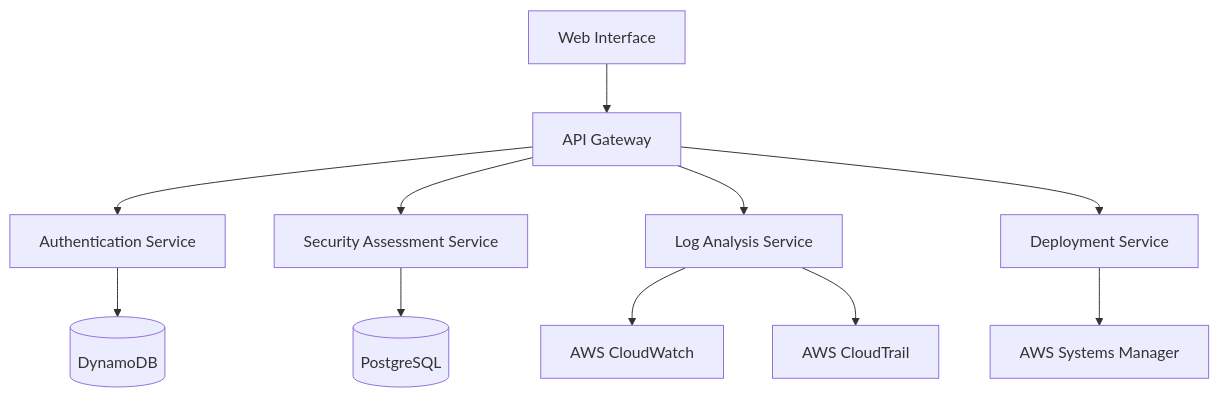
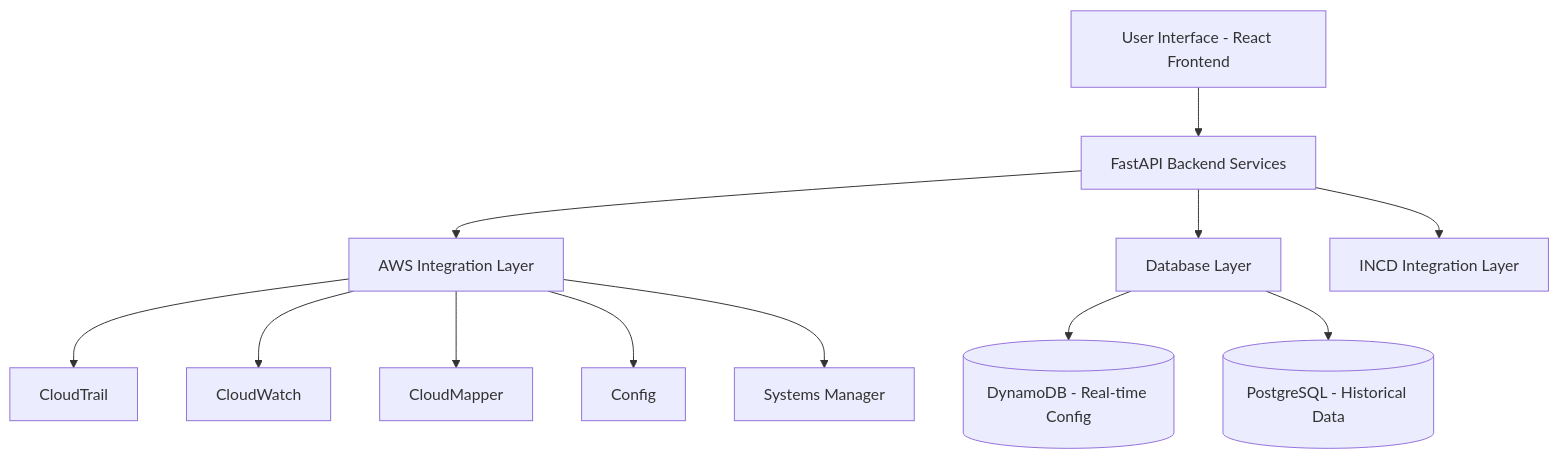
Before and after one commit to ShayArgaman/Detailed-Design: the first of 2 diagrams in Detailed-Design.md, drawn with Mermaid. The commit also changed other lines of this file, not shown here.

````diff
--- a/Detailed-Design.md
+++ b/Detailed-Design.md
@@ -9,13 +8,14 @@
 ```mermaid
 graph TD
-    A[Web Interface] --> B[API Gateway]
-    B --> C[Authentication Service]
-    B --> D[Security Assessment Service]
-    B --> E[Log Analysis Service]
-    B --> F[Deployment Service]
-    C --> G[(DynamoDB)]
-    D --> H[(PostgreSQL)]
-    E --> I[AWS CloudWatch]
-    E --> J[AWS CloudTrail]
-    F --> K[AWS Systems Manager]
+    A[User Interface - React Frontend] --> B[FastAPI Backend Services]
+    B --> C[AWS Integration Layer]
+    C --> D[CloudTrail]
+    C --> E[CloudWatch]
+    C --> F[CloudMapper]
+    C --> G[Config]
+    C --> H[Systems Manager]
+    B --> I[Database Layer]
+    I --> J[(DynamoDB - Real-time Config)]
+    I --> K[(PostgreSQL - Historical Data)]
+    B --> L[INCD Integration Layer]
 ```
````
